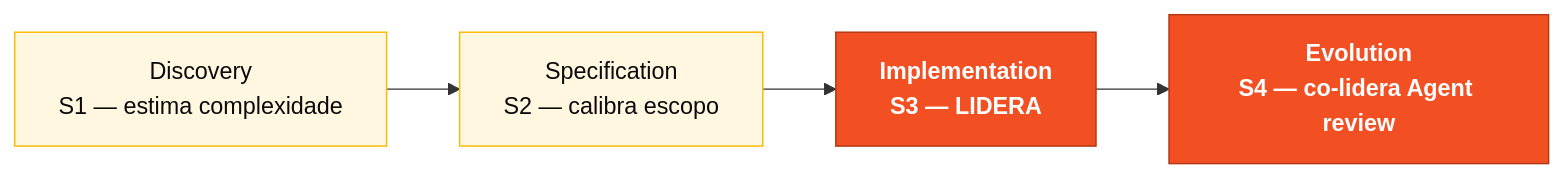
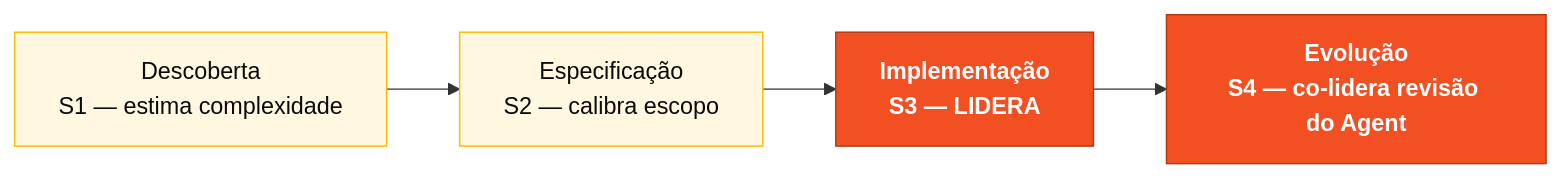
The diagram in pt-br/persona-kits/05-technical-lead/PERSONA.md (paulasilvatech/hackathon-datacorp-team-kit), drawn with Mermaid before and after one commit. The commit also changed other lines of this file and 172 other files, not shown here.

````diff
--- a/pt-br/persona-kits/05-technical-lead/PERSONA.md
+++ b/pt-br/persona-kits/05-technical-lead/PERSONA.md
@@ -19,12 +19,12 @@
 ```mermaid
 flowchart LR
  classDef current fill:#F25022,stroke:#B33816,color:#fff,font-weight:bold
  classDef support fill:#FFF7E0,stroke:#FFB900,color:#0A0A0A
 
- D[Discovery<br/>S1 — estima complexidade]:::support
- SP[Specification<br/>S2 — calibra escopo]:::support
- IM[Implementation<br/>S3 — LIDERA]:::current
- EV[Evolution<br/>S4 — co-lidera Agent review]:::current
+ D[Descoberta<br/>S1 — estima complexidade]:::support
+ SP[Especificação<br/>S2 — calibra escopo]:::support
+ IM[Implementação<br/>S3 — LIDERA]:::current
+ EV[Evolução<br/>S4 — co-lidera revisão do Agent]:::current
 
  D --> SP --> IM --> EV
 ```
````
